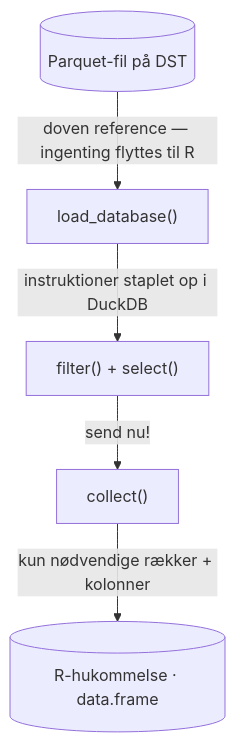
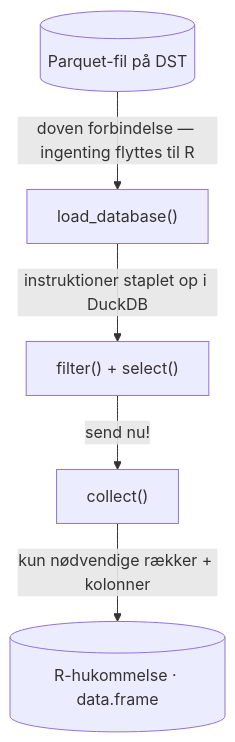
The first of 3 diagrams in docs/getting-started-dst.qmd (saras-clin/BSDemens), drawn with Mermaid before and after one commit. The commit also changed 1 other file, not shown here.

Commit message:
Replace 'doven reference' with 'doven forbindelse'

````diff
--- a/docs/getting-started-dst.qmd
+++ b/docs/getting-started-dst.qmd
@@ -181,13 +181,13 @@
 ```{mermaid}
 flowchart TD
     P[("Parquet-fil på DST")]
     L["load_database()"]
     F["filter() + select()"]
     C["collect()"]
     R[("R-hukommelse · data.frame")]
 
-    P -->|"doven reference — ingenting flyttes til R"| L
+    P -->|"doven forbindelse — ingenting flyttes til R"| L
     L -->|"instruktioner staplet op i DuckDB"| F
     F -->|"send nu!"| C
     C -->|"kun nødvendige rækker + kolonner"| R
 ```
````
